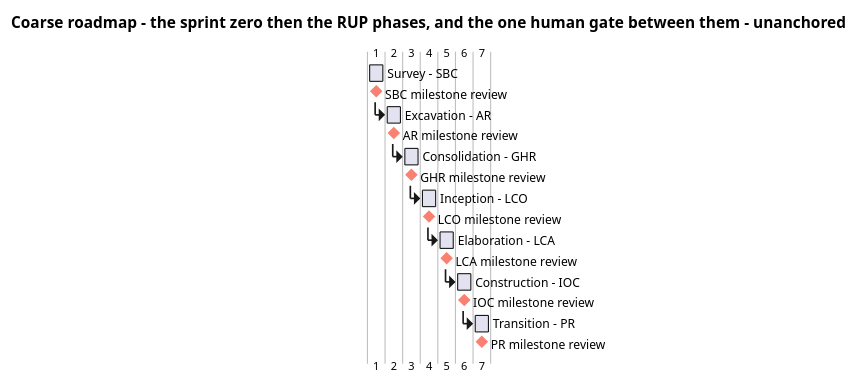
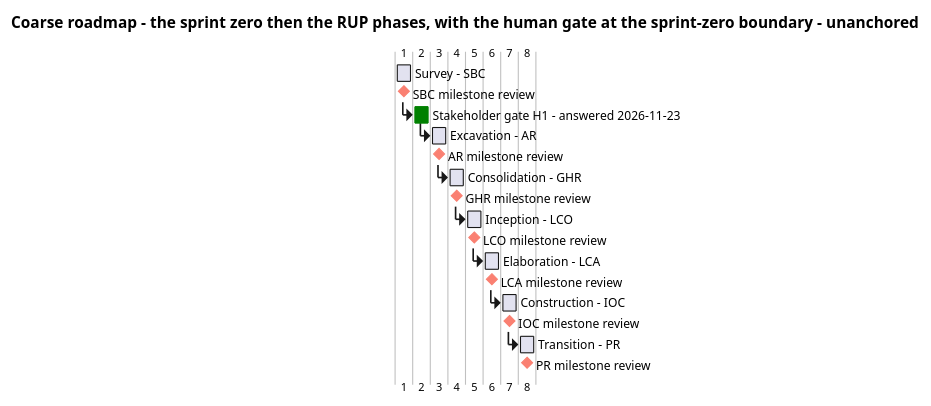
Before and after one commit to banense-test/TodoApp: the first of 2 diagrams in docs/artifacts/project-management/iteration-plan.md, drawn with PlantUML. The commit also changed other lines of this file, not shown here.

````diff
--- a/docs/artifacts/project-management/iteration-plan.md
+++ b/docs/artifacts/project-management/iteration-plan.md
@@ -28,34 +27,36 @@
 ```plantuml
 @startgantt
-title Coarse roadmap - the sprint zero then the RUP phases, and the one human gate between them - unanchored
+title Coarse roadmap - the sprint zero then the RUP phases, with the human gate at the sprint-zero boundary - unanchored
 
 [Survey - SBC] lasts 1 day
 [SBC milestone review] happens at [Survey - SBC]'s end
+[SBC milestone review] is colored in Salmon
+[Stakeholder gate H1 - answered 2026-11-23] lasts 1 day
+[Stakeholder gate H1 - answered 2026-11-23] starts at [SBC milestone review]'s end
+[Stakeholder gate H1 - answered 2026-11-23] is colored in Green
 [Excavation - AR] lasts 1 day
-[Excavation - AR] starts at [SBC milestone review]'s end
+[Excavation - AR] starts at [Stakeholder gate H1 - answered 2026-11-23]'s end
 [AR milestone review] happens at [Excavation - AR]'s end
+[AR milestone review] is colored in Salmon
 [Consolidation - GHR] lasts 1 day
 [Consolidation - GHR] starts at [AR milestone review]'s end
 [GHR milestone review] happens at [Consolidation - GHR]'s end
+[GHR milestone review] is colored in Salmon
 [Inception - LCO] lasts 1 day
 [Inception - LCO] starts at [GHR milestone review]'s end
 [LCO milestone review] happens at [Inception - LCO]'s end
+[LCO milestone review] is colored in Salmon
 [Elaboration - LCA] lasts 1 day
 [Elaboration - LCA] starts at [LCO milestone review]'s end
 [LCA milestone review] happens at [Elaboration - LCA]'s end
+[LCA milestone review] is colored in Salmon
 [Construction - IOC] lasts 1 day
 [Construction - IOC] starts at [LCA milestone review]'s end
 [IOC milestone review] happens at [Construction - IOC]'s end
+[IOC milestone review] is colored in Salmon
 [Transition - PR] lasts 1 day
 [Transition - PR] starts at [IOC milestone review]'s end
 [PR milestone review] happens at [Transition - PR]'s end
-
-[SBC milestone review] is colored in Salmon
-[AR milestone review] is colored in Salmon
-[GHR milestone review] is colored in Salmon
-[LCO milestone review] is colored in Salmon
-[LCA milestone review] is colored in Salmon
-[IOC milestone review] is colored in Salmon
 [PR milestone review] is colored in Salmon
 @endgantt
 ```
````
